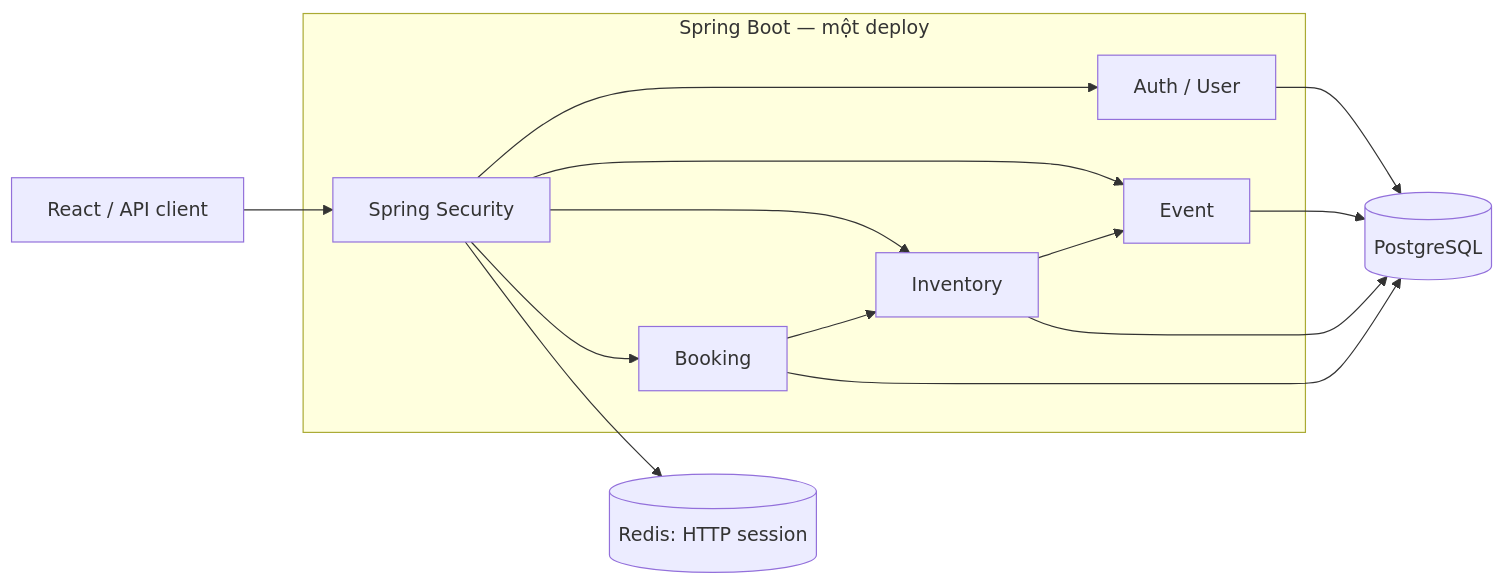
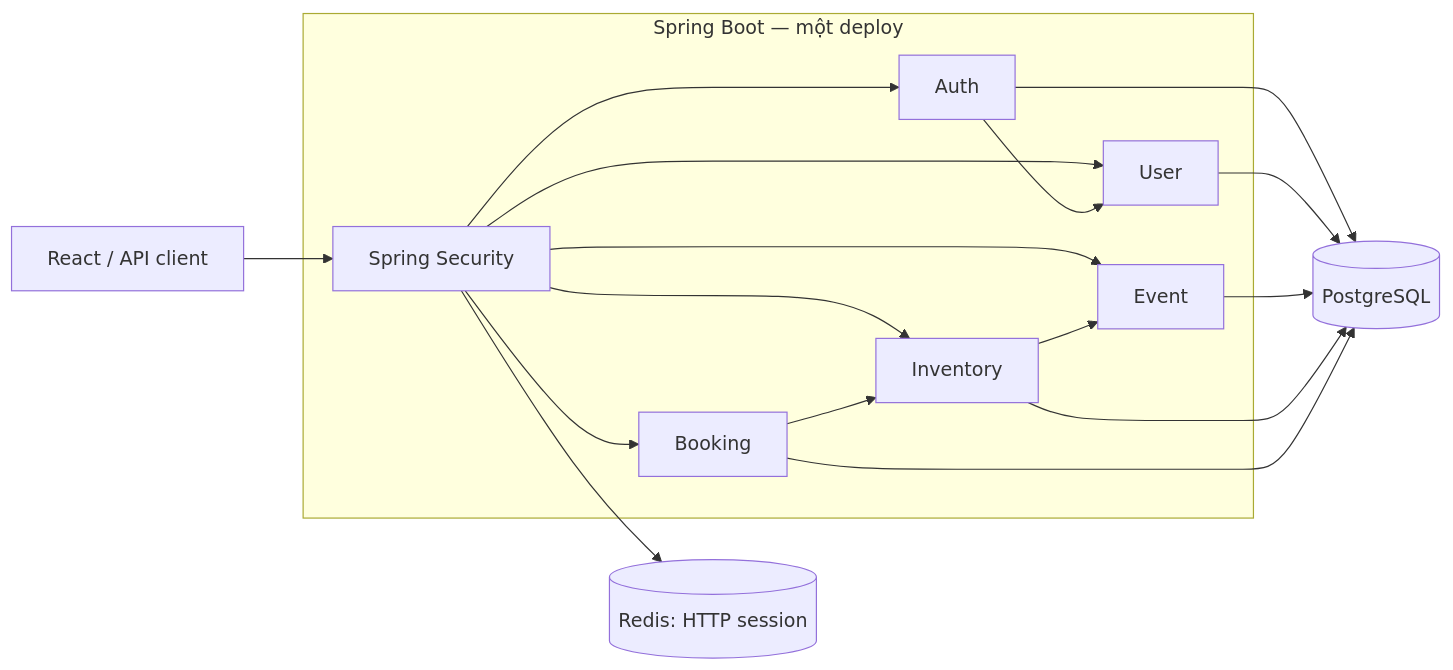
The diagram in docs/advanced/adr/0001-modular-monolith.md (Tuandao2605/TicketLock), drawn with Mermaid before and after one commit. The commit also changed other lines of this file and 16 other files, not shown here.

````diff
--- a/docs/advanced/adr/0001-modular-monolith.md
+++ b/docs/advanced/adr/0001-modular-monolith.md
@@ -27,17 +27,20 @@
 ```mermaid
 flowchart LR
   Client[React / API client] --> Security[Spring Security]
   subgraph App[Spring Boot — một deploy]
-    Security --> Auth[Auth / User]
+    Security --> Auth[Auth]
+    Security --> User[User]
+    Auth --> User
     Security --> Event[Event]
     Security --> Inventory[Inventory]
     Security --> Booking[Booking]
     Booking --> Inventory
     Inventory --> Event
   end
   Auth --> PG[(PostgreSQL)]
+  User --> PG
   Event --> PG
   Inventory --> PG
   Booking --> PG
   Security --> Redis[(Redis: HTTP session)]
 ```
````
